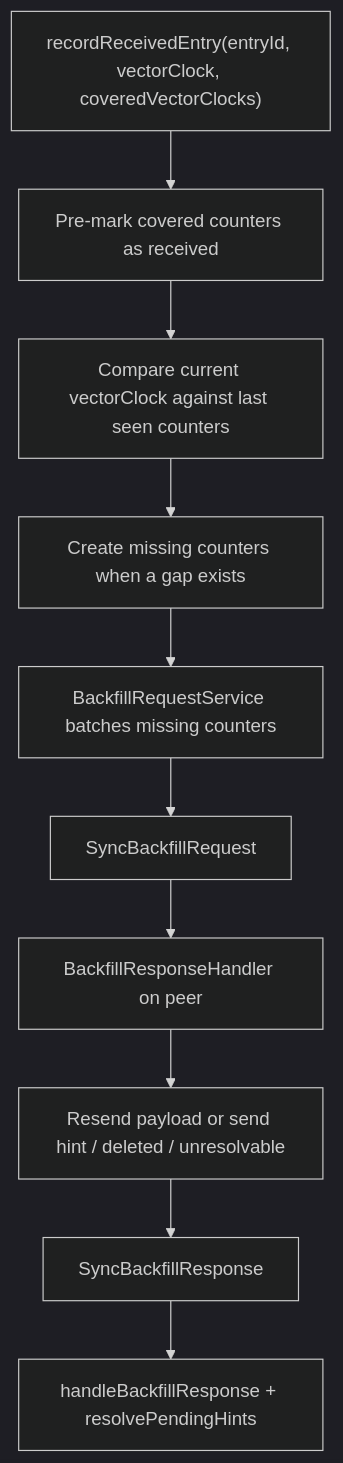
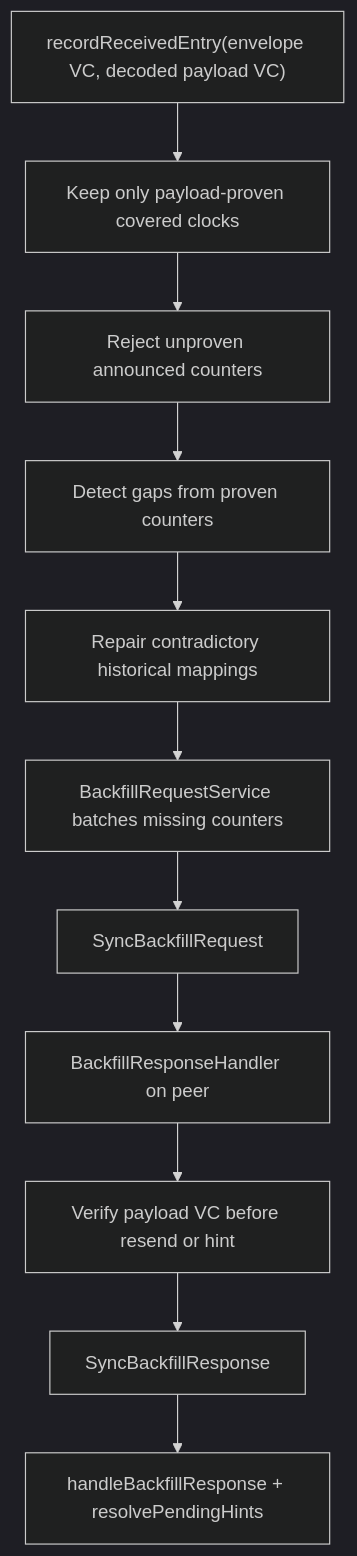
The fourth of 8 diagrams in docs/architecture/sync_current_architecture.md (matthiasn/lotti), drawn with Mermaid (dark theme) before and after one commit. The commit also changed other lines of this file and 40 other files, not shown here.

Commit message:
fix: bind sync payload generations and sequence mappings

````diff
--- a/docs/architecture/sync_current_architecture.md
+++ b/docs/architecture/sync_current_architecture.md
@@ -405,12 +438,13 @@
 ```mermaid
 flowchart TD
-  A["recordReceivedEntry(entryId, vectorClock, coveredVectorClocks)"] --> B["Pre-mark covered counters as received"]
-  B --> C["Compare current vectorClock against last seen counters"]
-  C --> D["Create missing counters when a gap exists"]
-  D --> E["BackfillRequestService batches missing counters"]
-  E --> F["SyncBackfillRequest"]
-  F --> G["BackfillResponseHandler on peer"]
-  G --> H["Resend payload or send hint / deleted / unresolvable"]
-  H --> I["SyncBackfillResponse"]
-  I --> J["handleBackfillResponse + resolvePendingHints"]
+  A["recordReceivedEntry(envelope VC, decoded payload VC)"] --> B["Keep only payload-proven covered clocks"]
+  B --> C["Reject unproven announced counters"]
+  C --> D["Detect gaps from proven counters"]
+  D --> E["Repair contradictory historical mappings"]
+  E --> F["BackfillRequestService batches missing counters"]
+  F --> G["SyncBackfillRequest"]
+  G --> H["BackfillResponseHandler on peer"]
+  H --> I["Verify payload VC before resend or hint"]
+  I --> J["SyncBackfillResponse"]
+  J --> K["handleBackfillResponse + resolvePendingHints"]
 ```
````
